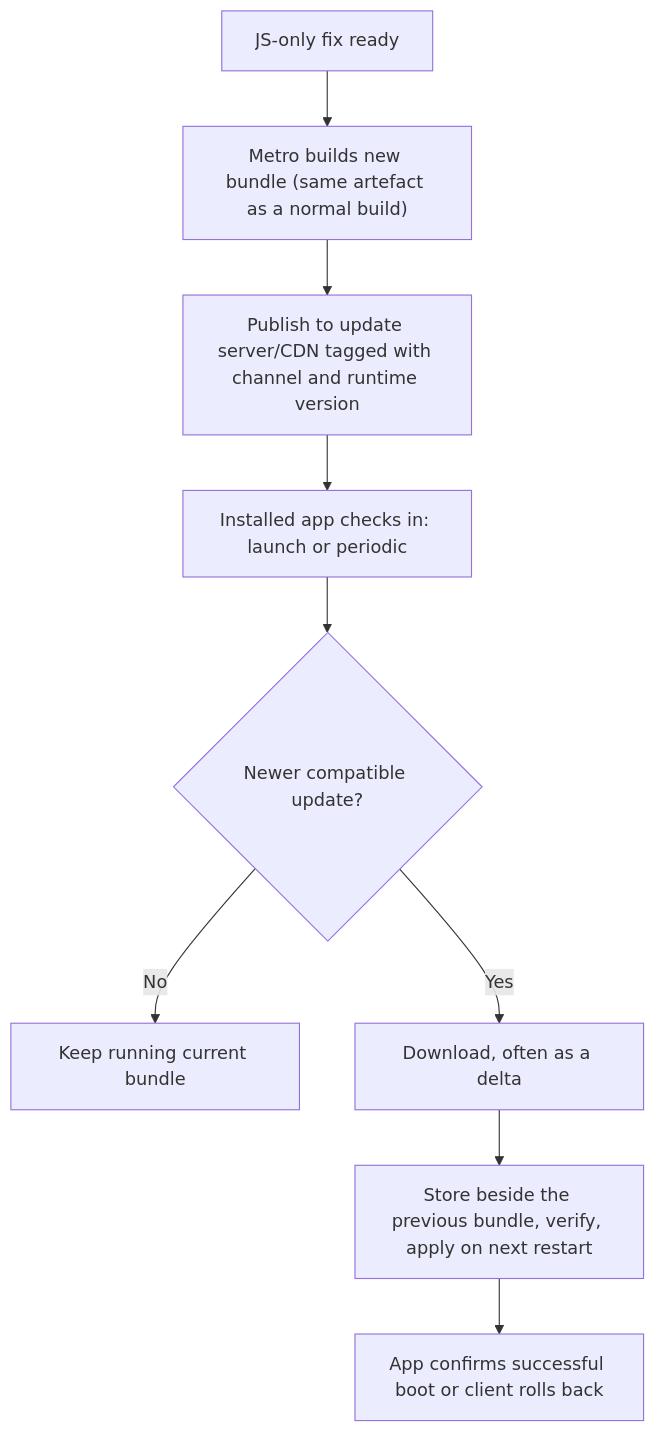
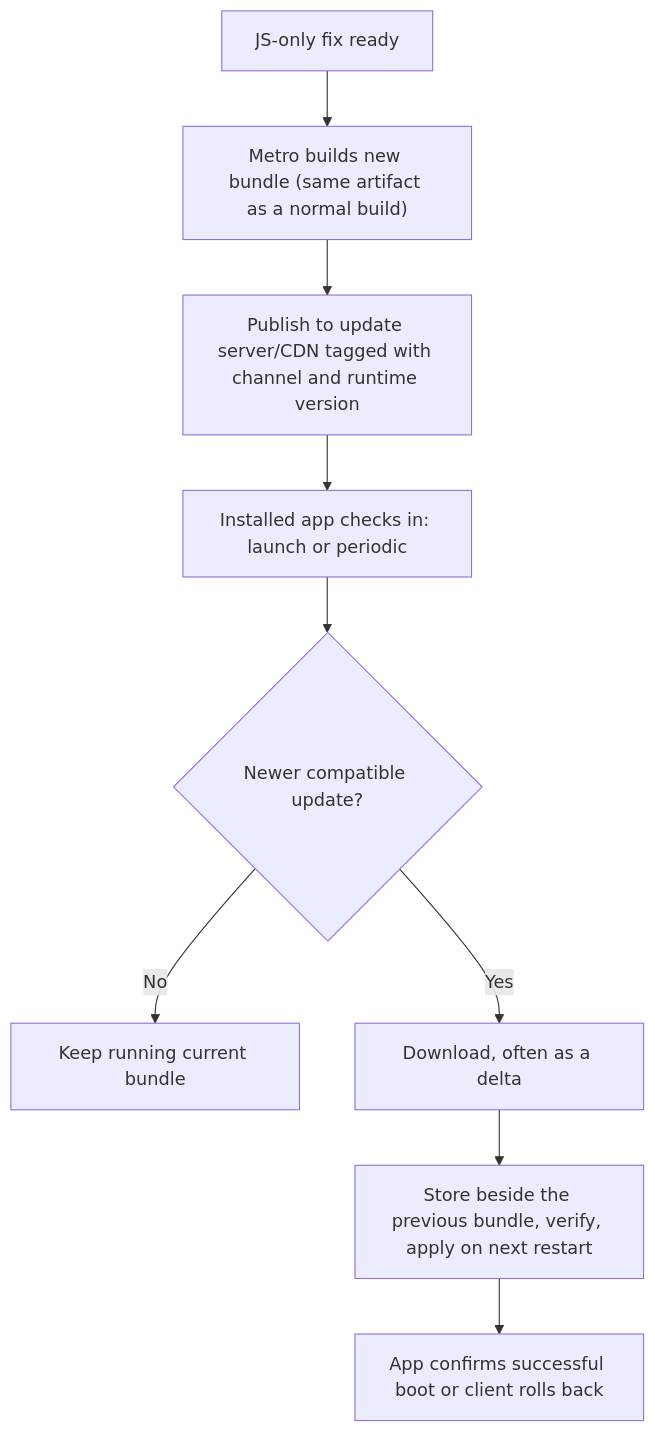
The second of 3 diagrams in react-native-v2/13-ota-updates-and-store-releases.md (Sri-Bhat/Frontend-Interview-Handbook), drawn with Mermaid before and after one commit. The commit also changed other lines of this file, not shown here.

````diff
--- a/react-native-v2/13-ota-updates-and-store-releases.md
+++ b/react-native-v2/13-ota-updates-and-store-releases.md
@@ -51,11 +51,11 @@
 ```mermaid
 flowchart TD
-  A["JS-only fix ready"] --> B["Metro builds new bundle (same artefact as a normal build)"]
+  A["JS-only fix ready"] --> B["Metro builds new bundle (same artifact as a normal build)"]
   B --> C["Publish to update server/CDN tagged with channel and runtime version"]
   C --> D["Installed app checks in: launch or periodic"]
   D --> E{"Newer compatible update?"}
   E -->|"No"| F["Keep running current bundle"]
   E -->|"Yes"| G["Download, often as a delta"]
   G --> H["Store beside the previous bundle, verify, apply on next restart"]
   H --> I["App confirms successful boot or client rolls back"]
 ```
````
